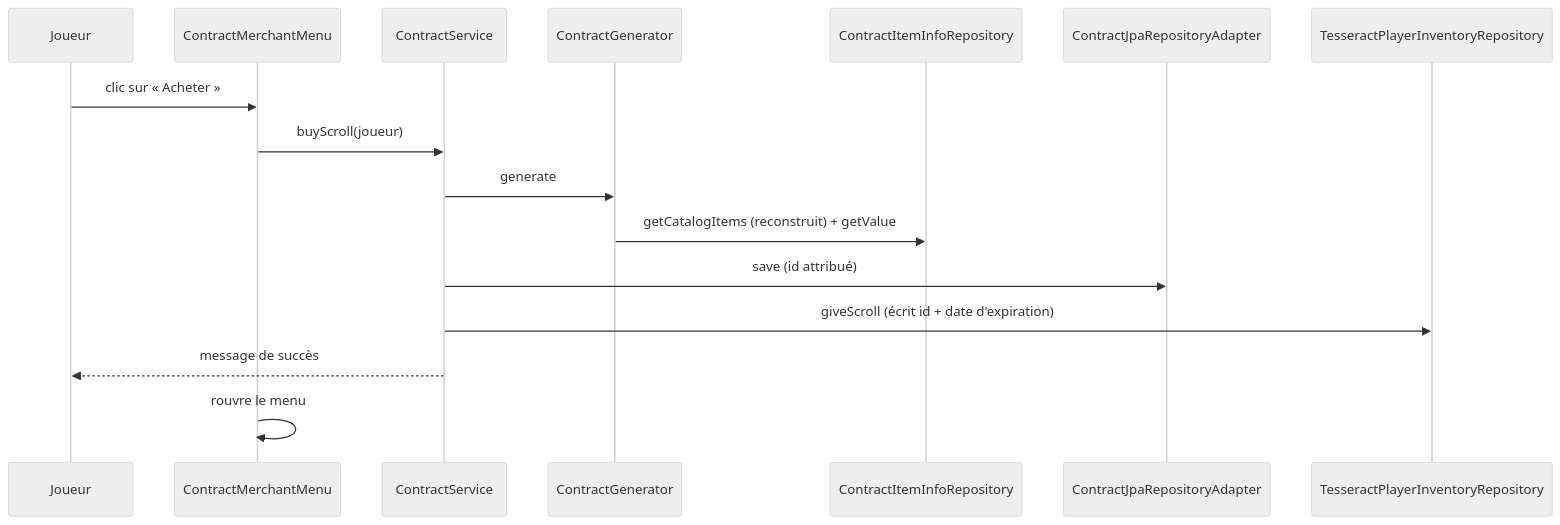
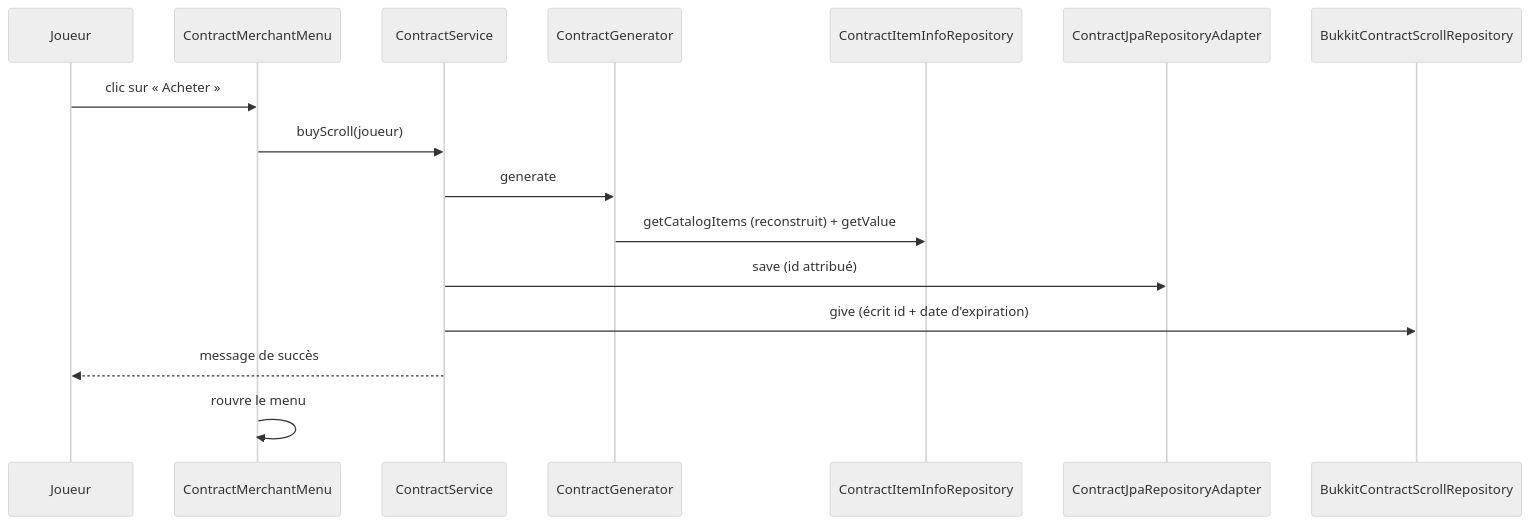
Before and after one commit to TesseractFR/TesseractSRP2: the third of 4 diagrams in contract-adapter/spec/contract-adapter-doc.md, drawn with Mermaid (neutral theme). The commit also changed other lines of this file and 25 other files, not shown here.

````diff
--- a/contract-adapter/spec/contract-adapter-doc.md
+++ b/contract-adapter/spec/contract-adapter-doc.md
@@ -260,18 +266,18 @@
 ```mermaid
 sequenceDiagram
     participant J as Joueur
     participant MM as ContractMerchantMenu
     participant S as ContractService
     participant G as ContractGenerator
     participant II as ContractItemInfoRepository
     participant DB as ContractJpaRepositoryAdapter
-    participant INV as TesseractPlayerInventoryRepository
+    participant SCR as BukkitContractScrollRepository
     J->>MM: clic sur « Acheter »
     MM->>S: buyScroll(joueur)
     S->>G: generate
     G->>II: getCatalogItems (reconstruit) + getValue
     S->>DB: save (id attribué)
-    S->>INV: giveScroll (écrit id + date d'expiration)
+    S->>SCR: give (écrit id + date d'expiration)
     S-->>J: message de succès
     MM->>MM: rouvre le menu
 ```
````
